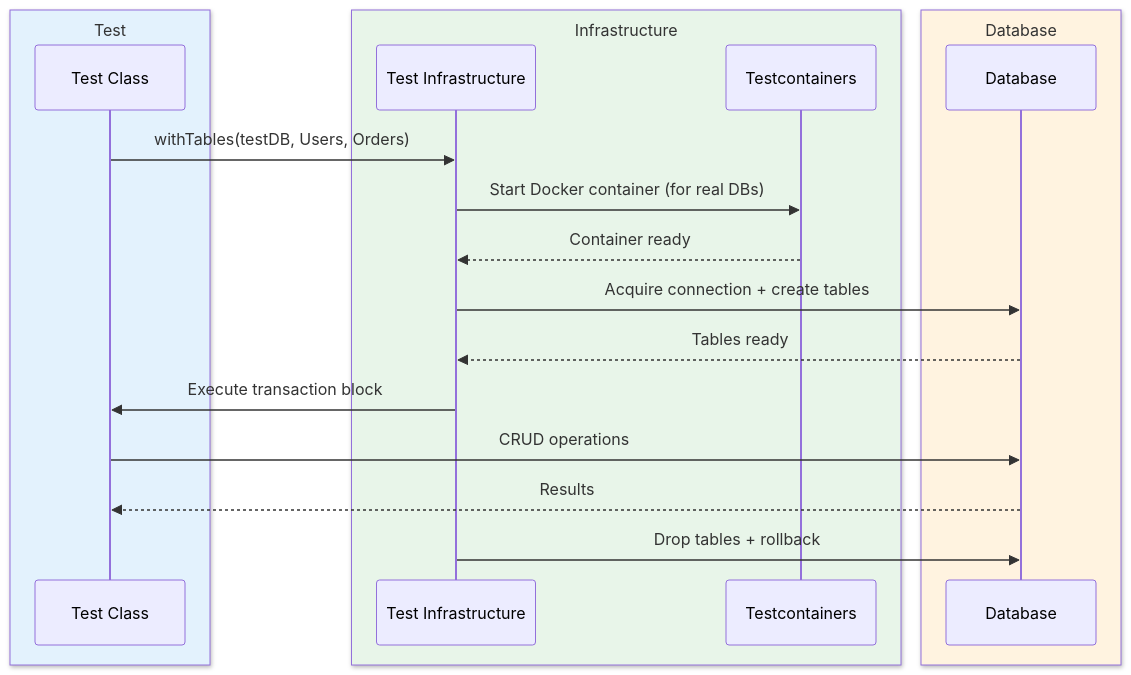
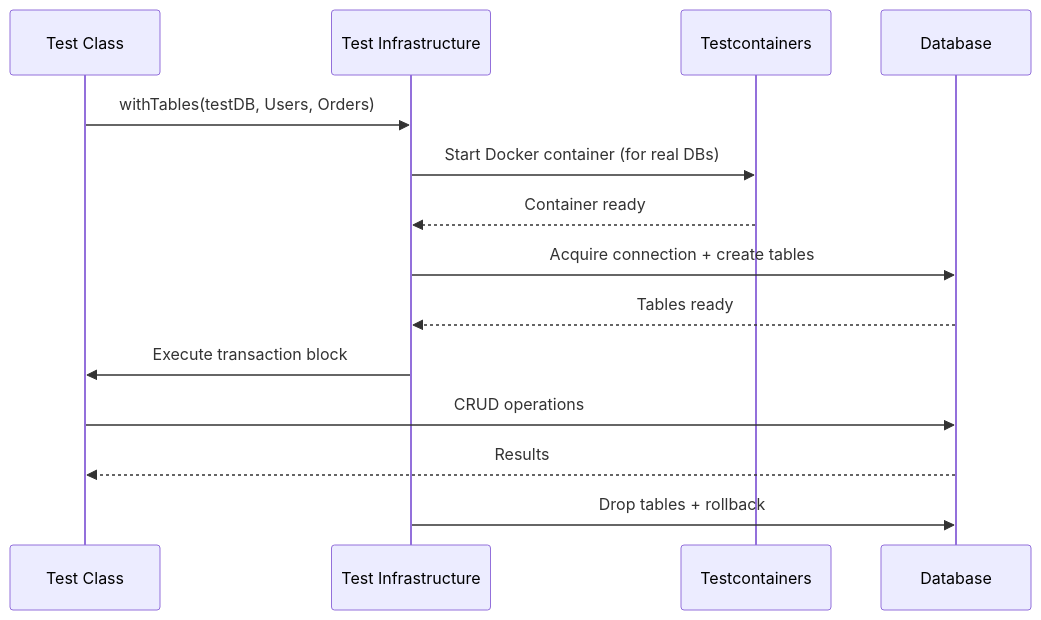
Before and after one commit to bluetape4k/bluetape4k-projects: the second of 2 diagrams in data/exposed-jdbc-tests/README.md, drawn with Mermaid. The commit also changed other lines of this file and 219 other files, not shown here.

First line of the commit message:
docs: 전체 README Mermaid 다이어그램 가이드 적용

````diff
--- a/data/exposed-jdbc-tests/README.md
+++ b/data/exposed-jdbc-tests/README.md
@@ -344,23 +344,17 @@
 ```mermaid
 sequenceDiagram
-    box rgb(227, 242, 253) Test
         participant Test as Test Class
-    end
-    box rgb(232, 245, 233) Infrastructure
         participant Infra as Test Infrastructure
         participant TC as Testcontainers
-    end
-    box rgb(255, 243, 224) Database
         participant DB as Database
-    end
 
     Test->>Infra: withTables(testDB, Users, Orders)
     Infra->>TC: Start Docker container (for real DBs)
     TC-->>Infra: Container ready
     Infra->>DB: Acquire connection + create tables
     DB-->>Infra: Tables ready
     Infra->>Test: Execute transaction block
     Test->>DB: CRUD operations
     DB-->>Test: Results
     Infra->>DB: Drop tables + rollback
 ```
````
